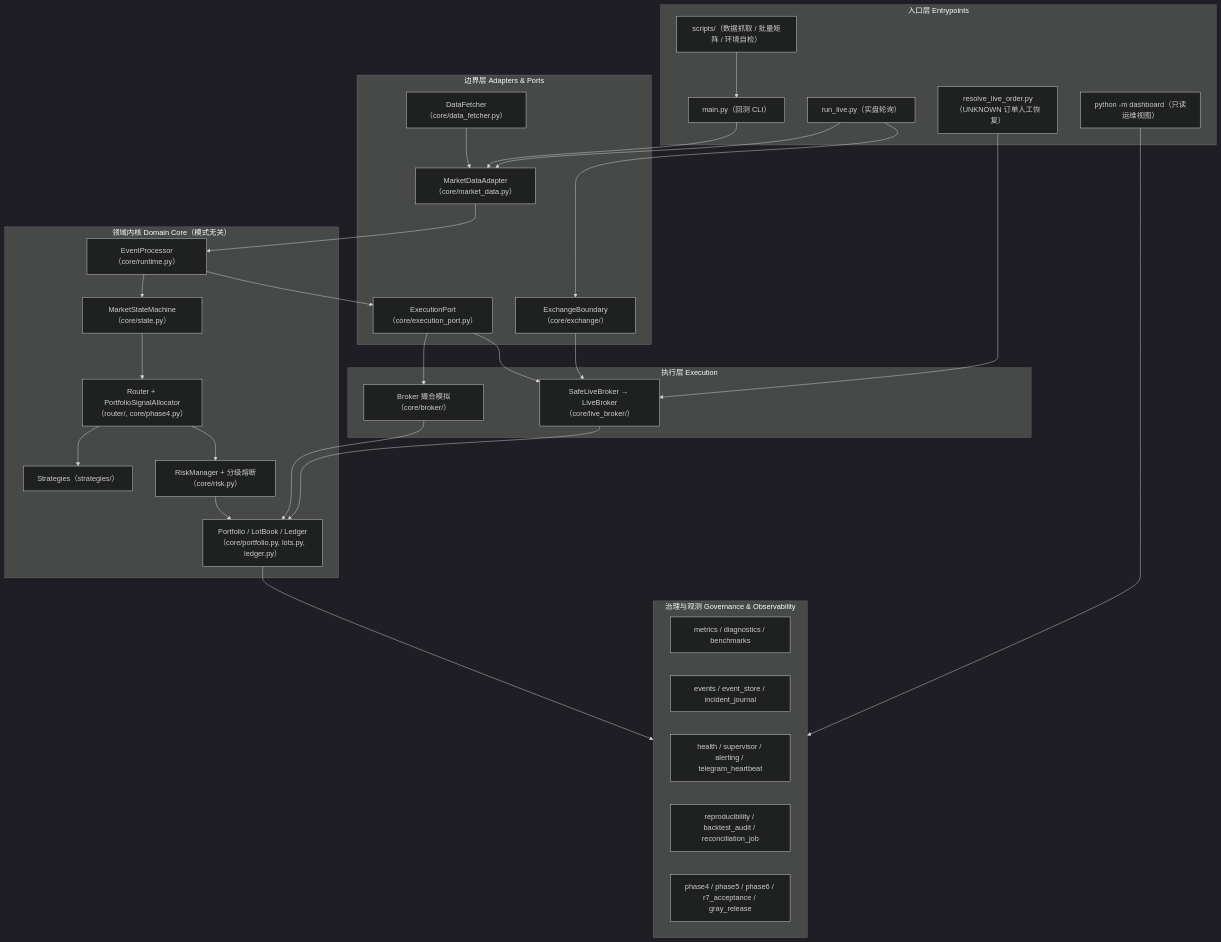
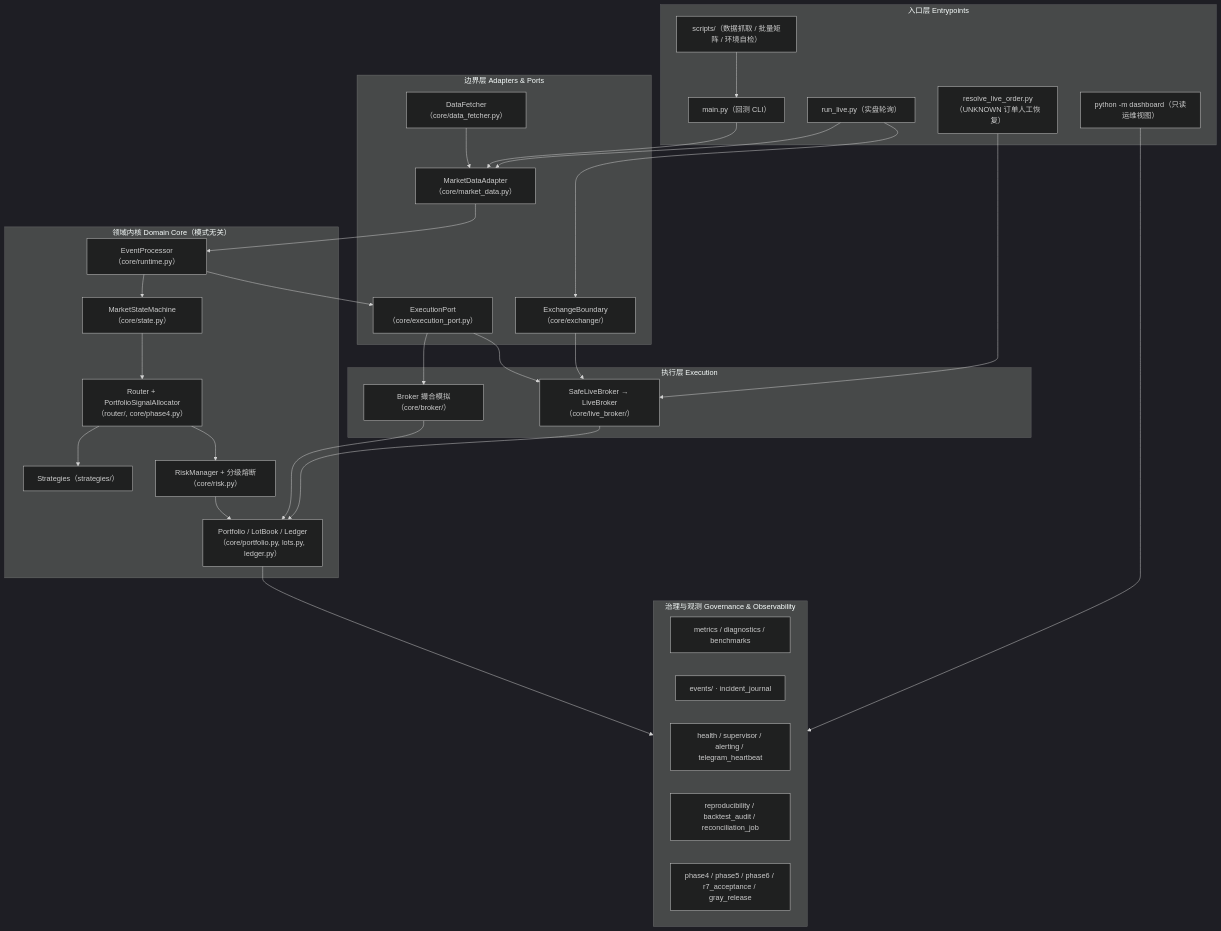
The first of 5 diagrams in README.md (user-nmmmmm/QuantTradingV2), drawn with Mermaid (dark theme) before and after one commit. The commit also changed other lines of this file and 13 other files, not shown here.

First line of the commit message:
Group event sourcing into a core/events package

````diff
--- a/README.md
+++ b/README.md
@@ -64,57 +64,57 @@
 ```mermaid
 flowchart TB
     subgraph ENTRY["入口层 Entrypoints"]
         M["main.py（回测 CLI）"]
         RL["run_live.py（实盘轮询）"]
         RS["resolve_live_order.py（UNKNOWN 订单人工恢复）"]
         DB["python -m dashboard（只读运维视图）"]
         SC["scripts/（数据抓取 / 批量矩阵 / 环境自检）"]
     end
 
     subgraph BOUND["边界层 Adapters & Ports"]
         MDA["MarketDataAdapter（core/market_data.py）"]
         EXP["ExecutionPort（core/execution_port.py）"]
         EB["ExchangeBoundary（core/exchange/）"]
         DF["DataFetcher（core/data_fetcher.py）"]
     end
 
     subgraph KERNEL["领域内核 Domain Core（模式无关）"]
         EP["EventProcessor（core/runtime.py）"]
         SM["MarketStateMachine（core/state.py）"]
         RT["Router + PortfolioSignalAllocator（router/, core/phase4.py）"]
         ST["Strategies（strategies/）"]
         RK["RiskManager + 分级熔断（core/risk.py）"]
         PF["Portfolio / LotBook / Ledger（core/portfolio.py, lots.py, ledger.py）"]
     end
 
     subgraph EXEC["执行层 Execution"]
         BK["Broker 撮合模拟（core/broker/）"]
         LB["SafeLiveBroker → LiveBroker（core/live_broker/）"]
     end
 
     subgraph OBS["治理与观测 Governance & Observability"]
         MT["metrics / diagnostics / benchmarks"]
-        EV["events / event_store / incident_journal"]
+        EV["events/ · incident_journal"]
         HS["health / supervisor / alerting / telegram_heartbeat"]
         RP["reproducibility / backtest_audit / reconciliation_job"]
         PH["phase4 / phase5 / phase6 / r7_acceptance / gray_release"]
     end
 
     SC --> M
     M --> MDA
     RL --> MDA
     RL --> EB
     DF --> MDA
     MDA --> EP
     EP --> SM --> RT --> ST
     RT --> RK --> PF
     EP --> EXP
     EXP --> BK
     EXP --> LB
     EB --> LB
     BK --> PF
     LB --> PF
     PF --> OBS
     RS --> LB
     DB --> OBS
 ```
````
